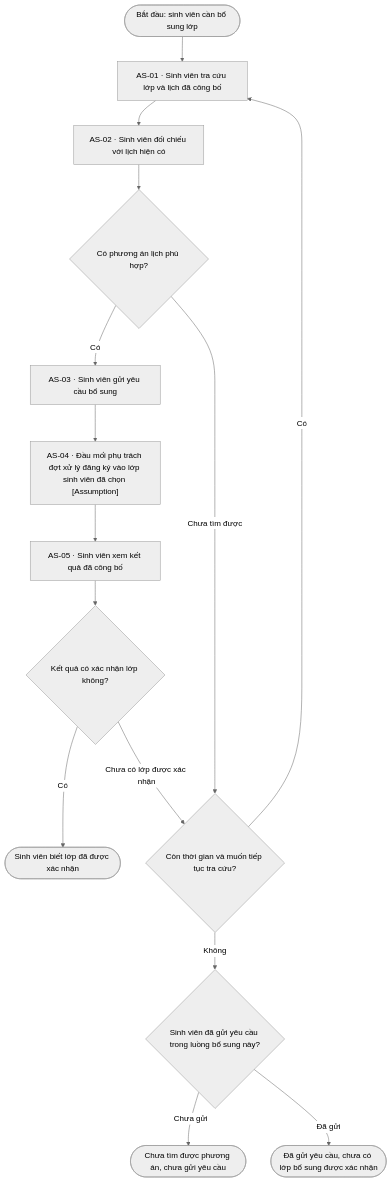
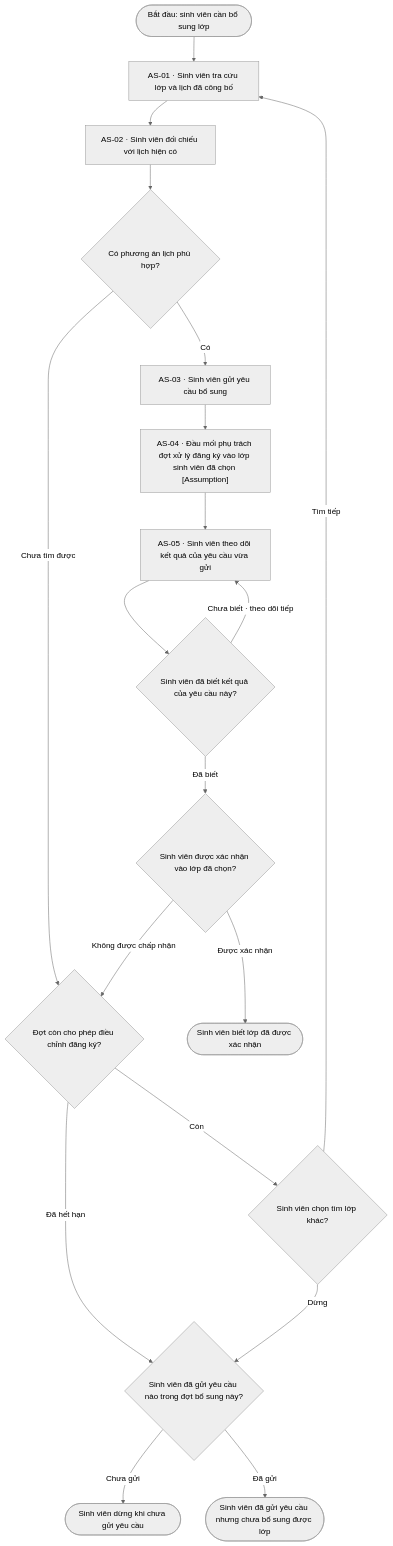
Before and after one commit to cacancap/IT3120_QuanLyDaoTao: the first of 2 diagrams in lab-02/01-MoHinhNghiepVu.md, drawn with Mermaid (neutral theme). The commit also changed other lines of this file, not shown here.

Commit message:
Refactor As-is workflow

````diff
--- a/lab-02/01-MoHinhNghiepVu.md
+++ b/lab-02/01-MoHinhNghiepVu.md
@@ -22,25 +22,31 @@
 ```mermaid
 flowchart TD
     S(["Bắt đầu: sinh viên cần bổ sung lớp"])
     A1["AS-01 · Sinh viên tra cứu lớp và lịch đã công bố"]
     A2["AS-02 · Sinh viên đối chiếu với lịch hiện có"]
     D1{"Có phương án lịch phù hợp?"}
     A3["AS-03 · Sinh viên gửi yêu cầu bổ sung"]
     A4["AS-04 · Đầu mối phụ trách đợt xử lý đăng ký vào lớp sinh viên đã chọn [Assumption]"]
-    A5["AS-05 · Sinh viên xem kết quả đã công bố"]
-    D2{"Kết quả có xác nhận lớp không?"}
-    D3{"Còn thời gian và muốn tiếp tục tra cứu?"}
-    D4{"Sinh viên đã gửi yêu cầu trong luồng bổ sung này?"}
+    A5["AS-05 · Sinh viên theo dõi kết quả của yêu cầu vừa gửi"]
+    Known{"Sinh viên đã biết kết quả của yêu cầu này?"}
+    Confirmed{"Sinh viên được xác nhận vào lớp đã chọn?"}
+    Open{"Đợt còn cho phép điều chỉnh đăng ký?"}
+    Retry{"Sinh viên chọn tìm lớp khác?"}
+    Sent{"Sinh viên đã gửi yêu cầu nào trong đợt bổ sung này?"}
     Y(["Sinh viên biết lớp đã được xác nhận"])
-    N1(["Chưa tìm được phương án, chưa gửi yêu cầu"])
-    N2(["Đã gửi yêu cầu, chưa có lớp bổ sung được xác nhận"])
+    N1(["Sinh viên dừng khi chưa gửi yêu cầu"])
+    N2(["Sinh viên đã gửi yêu cầu nhưng chưa bổ sung được lớp"])
     S --> A1 --> A2 --> D1
-    D1 -->|Có| A3 --> A4 --> A5 --> D2
-    D1 -->|Chưa tìm được| D3
-    D2 -->|Có| Y
-    D2 -->|Chưa có lớp được xác nhận| D3
-    D3 -->|Có| A1
-    D3 -->|Không| D4
-    D4 -->|Chưa gửi| N1
-    D4 -->|Đã gửi| N2
+    D1 -->|Có| A3 --> A4 --> A5 --> Known
+    D1 -->|Chưa tìm được| Open
+    Known -->|Chưa biết · theo dõi tiếp| A5
+    Known -->|Đã biết| Confirmed
+    Confirmed -->|Được xác nhận| Y
+    Confirmed -->|Không được chấp nhận| Open
+    Open -->|Còn| Retry
+    Open -->|Đã hết hạn| Sent
+    Retry -->|Tìm tiếp| A1
+    Retry -->|Dừng| Sent
+    Sent -->|Chưa gửi| N1
+    Sent -->|Đã gửi| N2
 ```
````
